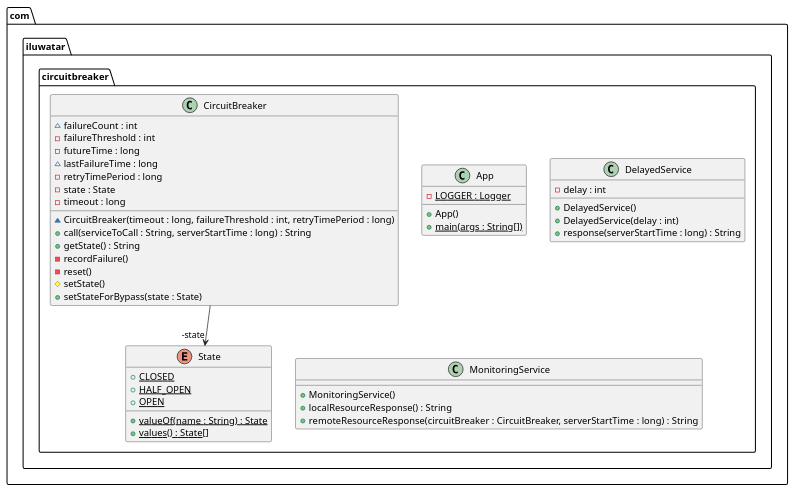
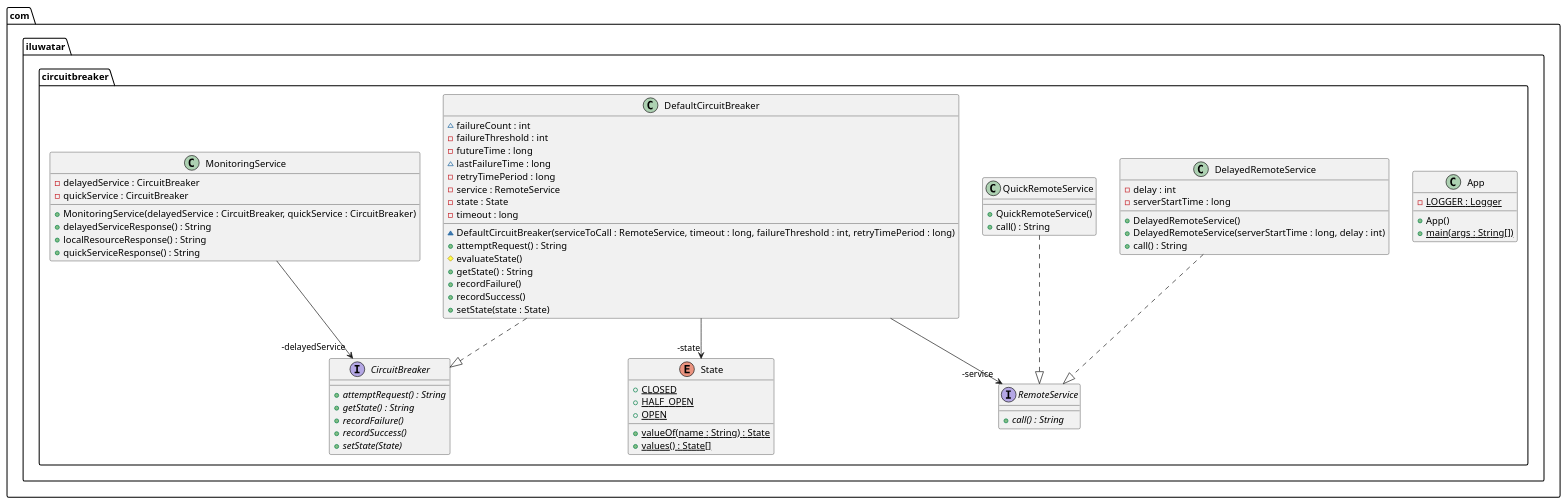
The diagram in circuit-breaker/etc/circuit-breaker.urm.puml (NatalieSty/java-design-patterns), drawn with PlantUML before and after one commit. The commit also changed 13 other files, not shown here.

Commit message:
#1510 Improvments done in Circuit Breaker

```diff
--- a/circuit-breaker/etc/circuit-breaker.urm.puml
+++ b/circuit-breaker/etc/circuit-breaker.urm.puml
@@ -1,44 +1,68 @@
 @startuml
 package com.iluwatar.circuitbreaker {
   class App {
     - LOGGER : Logger {static}
     + App()
     + main(args : String[]) {static}
   }
-  class CircuitBreaker {
+  interface CircuitBreaker {
+    + attemptRequest() : String {abstract}
+    + getState() : String {abstract}
+    + recordFailure() {abstract}
+    + recordSuccess() {abstract}
+    + setState(State) {abstract}
+  }
+  class DefaultCircuitBreaker {
     ~ failureCount : int
     - failureThreshold : int
     - futureTime : long
     ~ lastFailureTime : long
     - retryTimePeriod : long
+    - service : RemoteService
     - state : State
     - timeout : long
-    ~ CircuitBreaker(timeout : long, failureThreshold : int, retryTimePeriod : long)
-    + call(serviceToCall : String, serverStartTime : long) : String
+    ~ DefaultCircuitBreaker(serviceToCall : RemoteService, timeout : long, failureThreshold : int, retryTimePeriod : long)
+    + attemptRequest() : String
+    # evaluateState()
     + getState() : String
-    - recordFailure()
-    - reset()
-    # setState()
-    + setStateForBypass(state : State)
+    + recordFailure()
+    + recordSuccess()
+    + setState(state : State)
   }
-  class DelayedService {
+  class DelayedRemoteService {
     - delay : int
-    + DelayedService()
-    + DelayedService(delay : int)
-    + response(serverStartTime : long) : String
+    - serverStartTime : long
+    + DelayedRemoteService()
+    + DelayedRemoteService(serverStartTime : long, delay : int)
+    + call() : String
   }
   class MonitoringService {
-    + MonitoringService()
+    - delayedService : CircuitBreaker
+    - quickService : CircuitBreaker
+    + MonitoringService(delayedService : CircuitBreaker, quickService : CircuitBreaker)
+    + delayedServiceResponse() : String
     + localResourceResponse() : String
-    + remoteResourceResponse(circuitBreaker : CircuitBreaker, serverStartTime : long) : String
+    + quickServiceResponse() : String
+  }
+  class QuickRemoteService {
+    + QuickRemoteService()
+    + call() : String
+  }
+  interface RemoteService {
+    + call() : String {abstract}
   }
   enum State {
     + CLOSED {static}
     + HALF_OPEN {static}
     + OPEN {static}
     + valueOf(name : String) : State {static}
     + values() : State[] {static}
   }
 }
-CircuitBreaker -->  "-state" State
+DefaultCircuitBreaker -->  "-state" State
+MonitoringService -->  "-delayedService" CircuitBreaker
+DefaultCircuitBreaker -->  "-service" RemoteService
+DefaultCircuitBreaker ..|> CircuitBreaker 
+DelayedRemoteService ..|> RemoteService 
+QuickRemoteService ..|> RemoteService 
 @enduml
```
